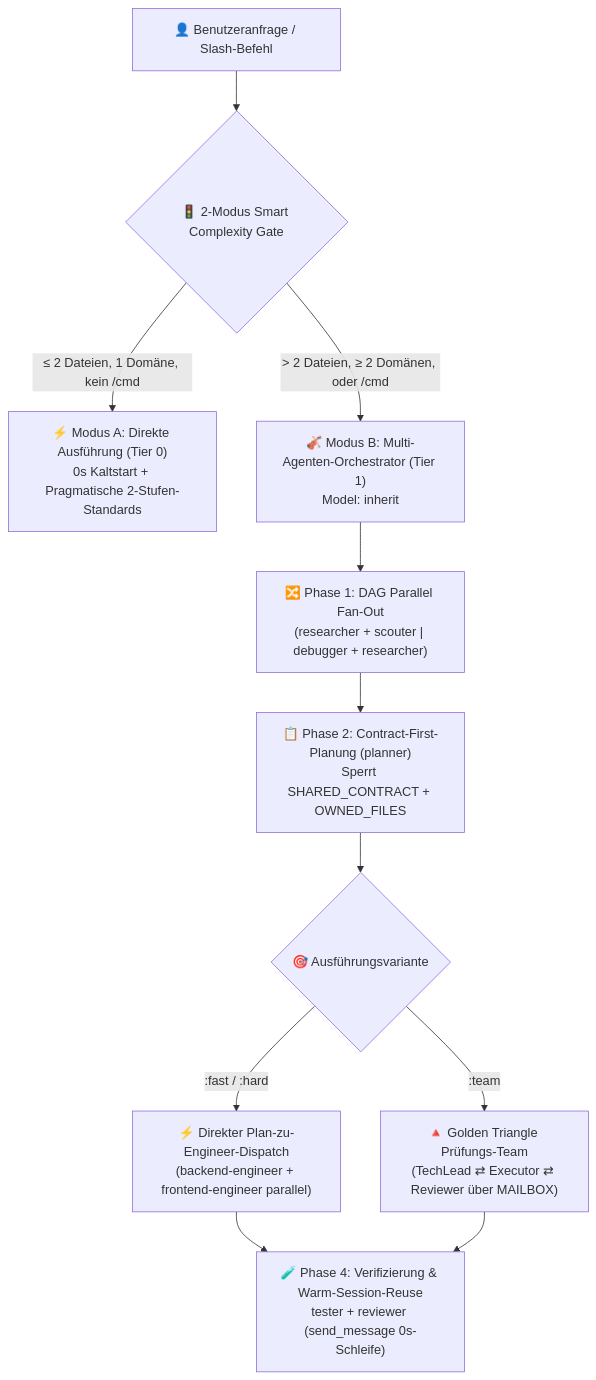
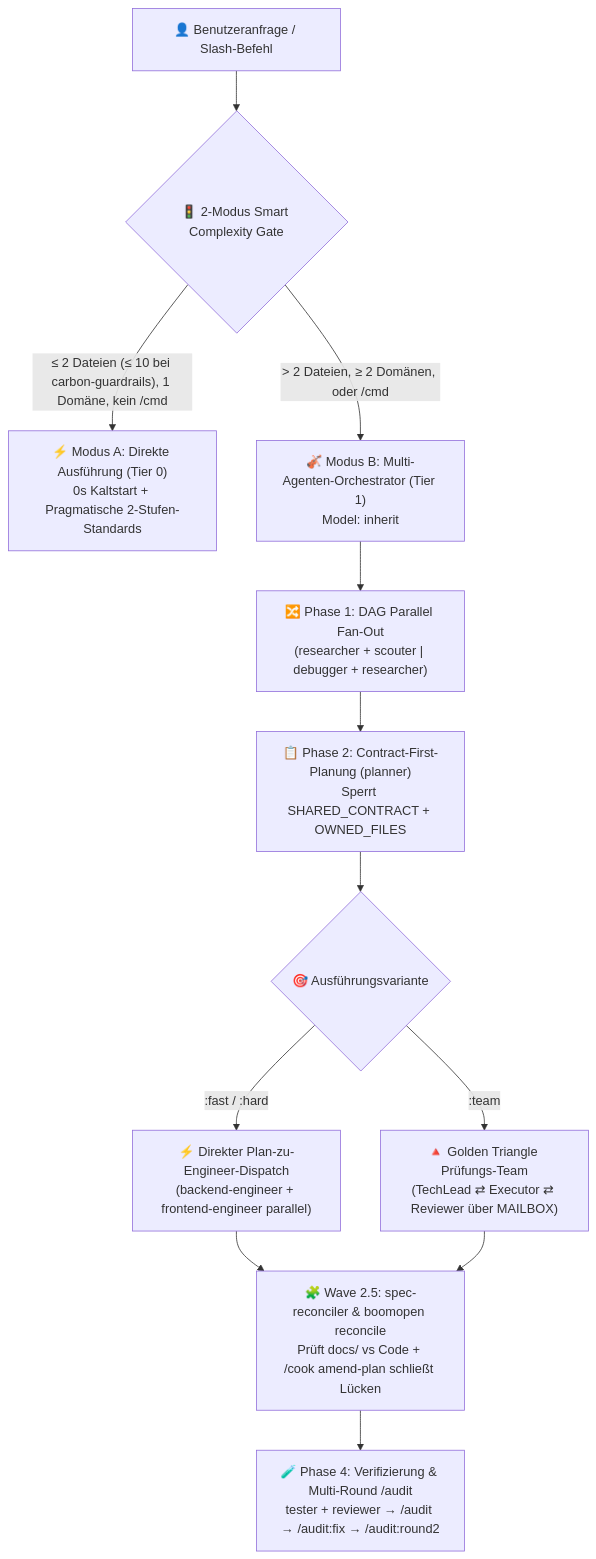
Before and after one commit to Kennyboom/BoomOpen-Workflow-Kit-Pro: the diagram in i18n/README.de.md, drawn with Mermaid. The commit also changed other lines of this file and 17 other files, not shown here.

Commit message:
docs(i18n): sync all 17 READMEs with v5.5 reconcile, /audit, carbon-guardrails & overnight /goal prompt

````diff
--- a/i18n/README.de.md
+++ b/i18n/README.de.md
@@ -49,16 +49,17 @@
 ```mermaid
 flowchart TD
     User["👤 Benutzeranfrage / Slash-Befehl"] --> Gate{"🚦 2-Modus Smart Complexity Gate"}
-    Gate -->|"≤ 2 Dateien, 1 Domäne, kein /cmd"| ModeA["⚡ Modus A: Direkte Ausführung (Tier 0)<br/>0s Kaltstart + Pragmatische 2-Stufen-Standards"]
+    Gate -->|"≤ 2 Dateien (≤ 10 bei carbon-guardrails), 1 Domäne, kein /cmd"| ModeA["⚡ Modus A: Direkte Ausführung (Tier 0)<br/>0s Kaltstart + Pragmatische 2-Stufen-Standards"]
     Gate -->|"> 2 Dateien, ≥ 2 Domänen, oder /cmd"| ModeB["🎻 Modus B: Multi-Agenten-Orchestrator (Tier 1)<br/>Model: inherit"]
 
     ModeB --> FanOut["🔀 Phase 1: DAG Parallel Fan-Out<br/>(researcher + scouter | debugger + researcher)"]
     FanOut --> Plan["📋 Phase 2: Contract-First-Planung (planner)<br/>Sperrt SHARED_CONTRACT + OWNED_FILES"]
     Plan --> Dispatch{"🎯 Ausführungsvariante"}
 
     Dispatch -->|":fast / :hard"| Direct["⚡ Direkter Plan-zu-Engineer-Dispatch<br/>(backend-engineer + frontend-engineer parallel)"]
     Dispatch -->|":team"| Triangle["🔺 Golden Triangle Prüfungs-Team<br/>(TechLead ⇄ Executor ⇄ Reviewer über MAILBOX)"]
 
-    Direct --> Verify["🧪 Phase 4: Verifizierung & Warm-Session-Reuse<br/>tester + reviewer (send_message 0s-Schleife)"]
-    Triangle --> Verify
+    Direct --> Reconcile["🧩 Wave 2.5: spec-reconciler & boomopen reconcile<br/>Prüft docs/ vs Code + /cook amend-plan schließt Lücken"]
+    Triangle --> Reconcile
+    Reconcile --> Verify["🧪 Phase 4: Verifizierung & Multi-Round /audit<br/>tester + reviewer → /audit → /audit:fix → /audit:round2"]
 ```
````
